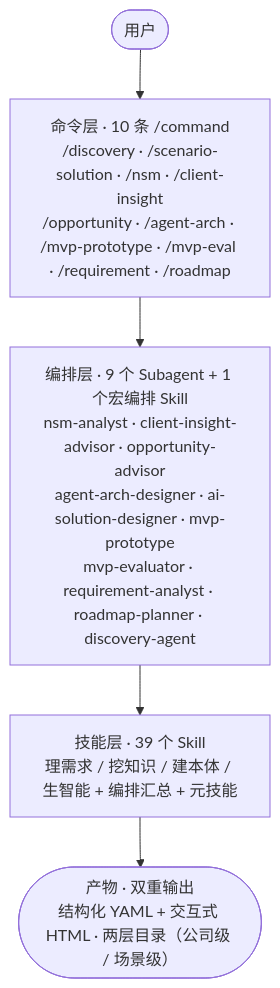
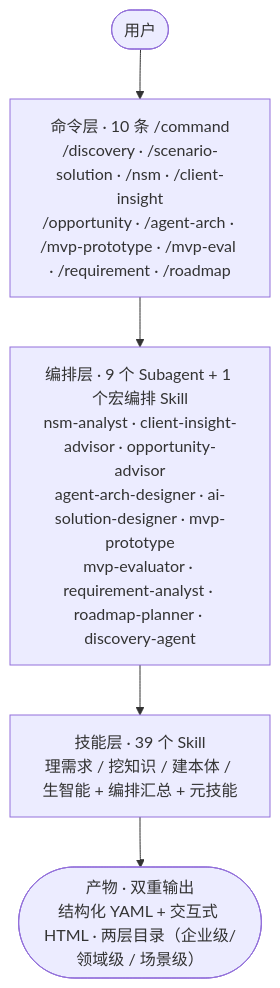
One commit to jkang/FDE-Toolkit changed the second of 2 diagrams in README.md. Above: the diagram before and after it, drawn with Mermaid. The commit also changed other lines of this file and 5 other files, not shown here.

````diff
--- a/README.md
+++ b/README.md
@@ -35,7 +35,7 @@
 ```mermaid
 flowchart TB
     U(["用户"]) --> C["命令层 · 10 条 /command<br/>/discovery · /scenario-solution · /nsm · /client-insight<br/>/opportunity · /agent-arch · /mvp-prototype · /mvp-eval · /requirement · /roadmap"]
     C --> A["编排层 · 9 个 Subagent + 1 个宏编排 Skill<br/>nsm-analyst · client-insight-advisor · opportunity-advisor<br/>agent-arch-designer · ai-solution-designer · mvp-prototype<br/>mvp-evaluator · requirement-analyst · roadmap-planner · discovery-agent"]
     A --> K["技能层 · 39 个 Skill<br/>理需求 / 挖知识 / 建本体 / 生智能 + 编排汇总 + 元技能"]
-    K --> O(["产物 · 双重输出<br/>结构化 YAML + 交互式 HTML · 两层目录（公司级 / 场景级）"])
+    K --> O(["产物 · 双重输出<br/>结构化 YAML + 交互式 HTML · 两层目录（企业级/领域级 / 场景级）"])
 ```
````
